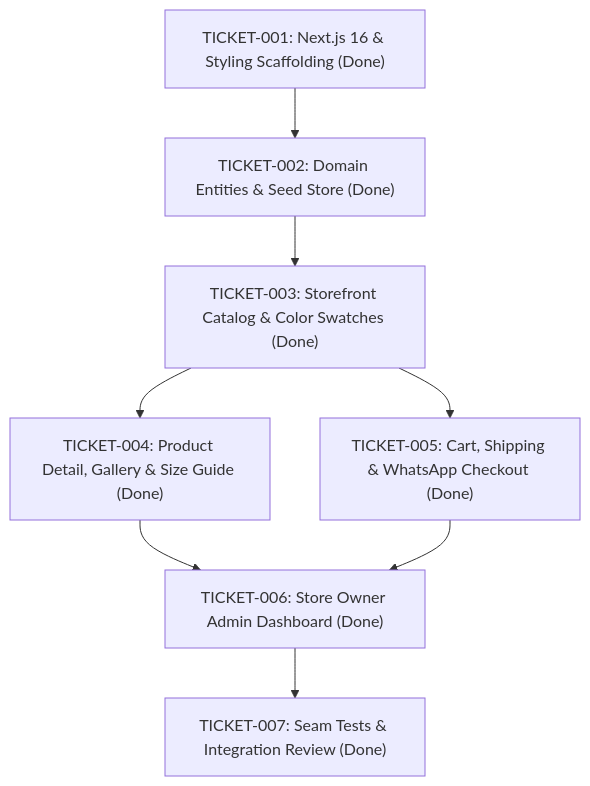
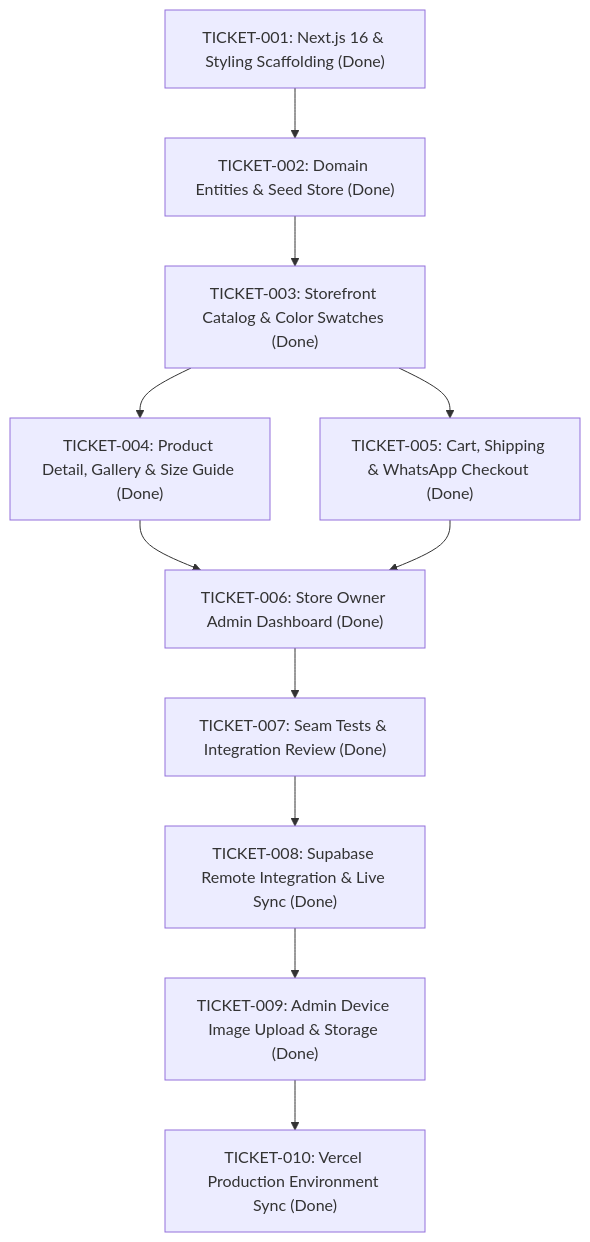
One commit to AymanAkram2000/onlinestore changed the diagram in docs/TICKETS.md. Above: the diagram before and after it, drawn with Mermaid. The commit also changed other lines of this file and 9 other files, not shown here.

Commit message:
feat: integrate Supabase database, storage bucket for device uploads, orders Excel export, and tickets completion

````diff
--- a/docs/TICKETS.md
+++ b/docs/TICKETS.md
@@ -3,10 +3,13 @@
 ```mermaid
 flowchart TD
     T001["TICKET-001: Next.js 16 & Styling Scaffolding (Done)"] --> T002["TICKET-002: Domain Entities & Seed Store (Done)"]
     T002 --> T003["TICKET-003: Storefront Catalog & Color Swatches (Done)"]
     T003 --> T004["TICKET-004: Product Detail, Gallery & Size Guide (Done)"]
     T003 --> T005["TICKET-005: Cart, Shipping & WhatsApp Checkout (Done)"]
     T004 --> T006["TICKET-006: Store Owner Admin Dashboard (Done)"]
     T005 --> T006
     T006 --> T007["TICKET-007: Seam Tests & Integration Review (Done)"]
+    T007 --> T008["TICKET-008: Supabase Remote Integration & Live Sync (Done)"]
+    T008 --> T009["TICKET-009: Admin Device Image Upload & Storage (Done)"]
+    T009 --> T010["TICKET-010: Vercel Production Environment Sync (Done)"]
 ```
````
